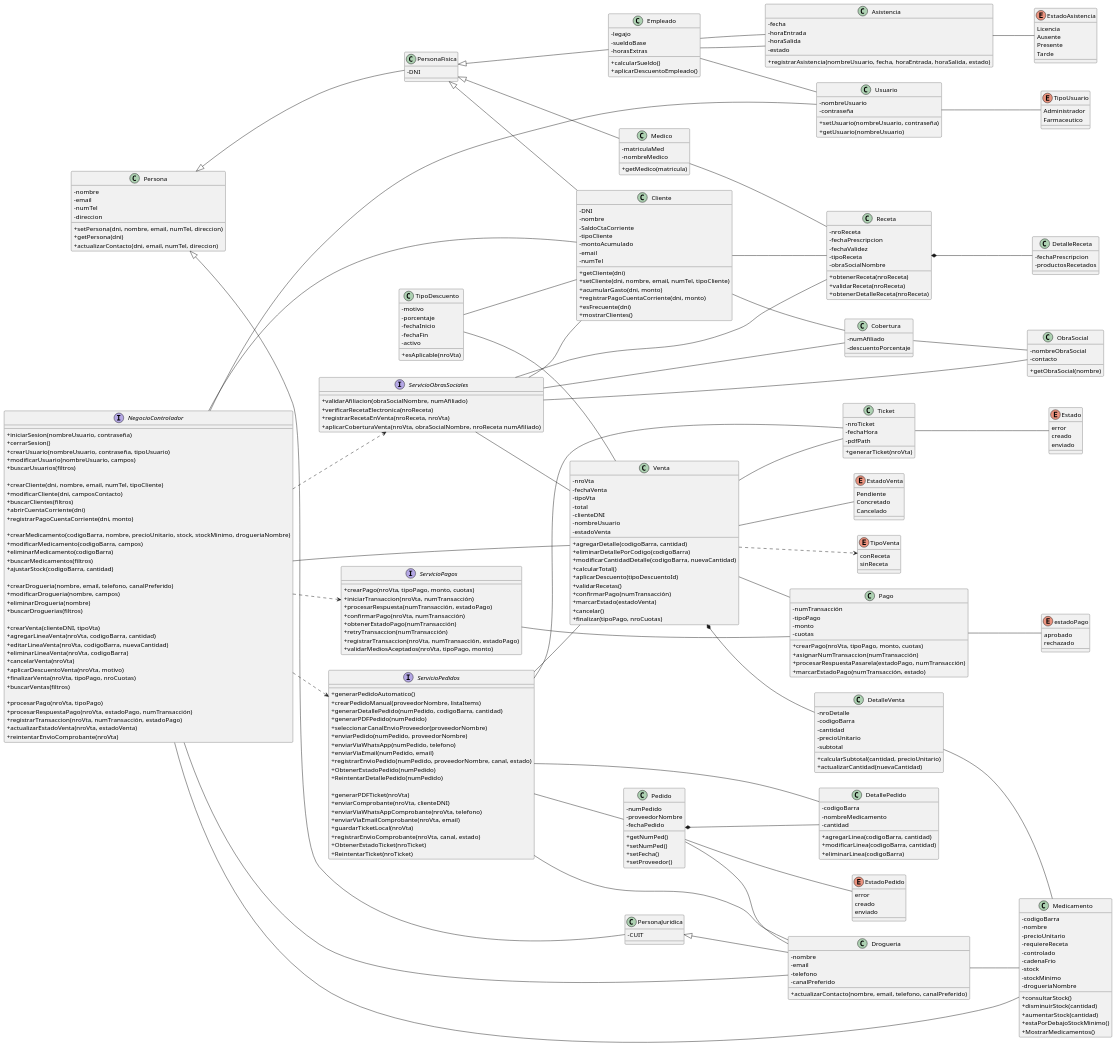
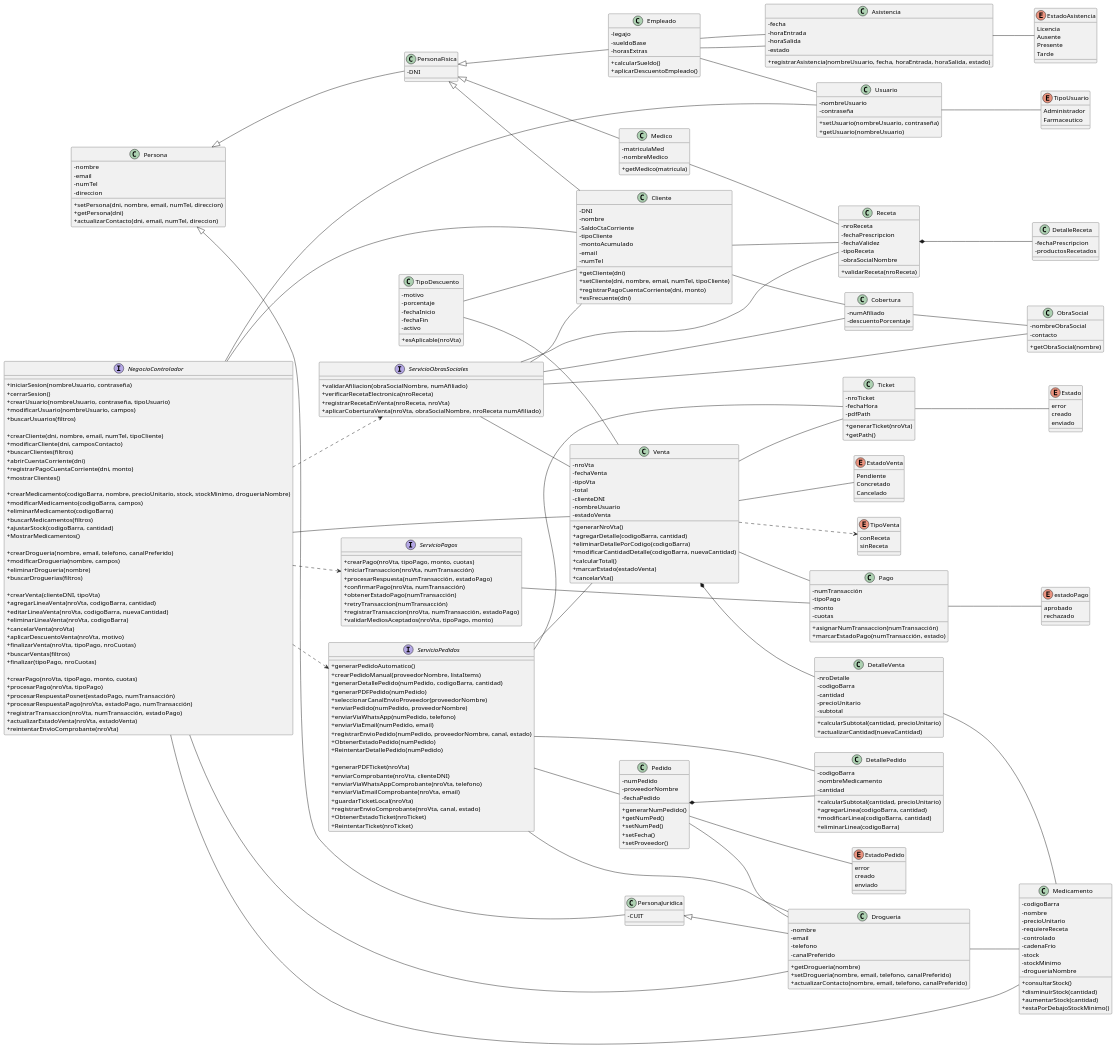
Before and after one commit to zEzequR/PF-I: the diagram in 07 - Diagrama de Clases/DiagramaClases.puml, drawn with PlantUML. The commit also changed 1 other file, not shown here.

```diff
--- a/07 - Diagrama de Clases/DiagramaClases.puml
+++ b/07 - Diagrama de Clases/DiagramaClases.puml
@@ -81,10 +81,8 @@
 
     + getCliente(dni)
     + setCliente(dni, nombre, email, numTel, tipoCliente)
-    + acumularGasto(dni, monto)
     + registrarPagoCuentaCorriente(dni, monto)
     + esFrecuente(dni)
-    + mostrarClientes()
 }
 PersonaFisica <|-- Cliente
 PersonaFisica <|-- Empleado
@@ -102,10 +100,7 @@
     - fechaValidez
     - tipoReceta
     - obraSocialNombre
-
-    + obtenerReceta(nroReceta)
     + validarReceta(nroReceta)
-    + obtenerDetalleReceta(nroReceta)
 }
 class DetalleReceta {
     - fechaPrescripcion
@@ -145,7 +140,6 @@
     + disminuirStock(cantidad)
     + aumentarStock(cantidad)
     + estaPorDebajoStockMinimo()
-    + MostrarMedicamentos()
 }
 class Drogueria {
     - nombre
@@ -153,6 +147,8 @@
     - telefono
     - canalPreferido
 
+    + getDrogueria(nombre)
+    + setDrogueria(nombre, email, telefono, canalPreferido)
     + actualizarContacto(nombre, email, telefono, canalPreferido)
 }
 PersonaJuridica <|-- Drogueria
@@ -179,16 +175,13 @@
     - nombreUsuario
     - estadoVenta
 
+    + generarNroVta()
     + agregarDetalle(codigoBarra, cantidad)
     + eliminarDetallePorCodigo(codigoBarra)
     + modificarCantidadDetalle(codigoBarra, nuevaCantidad)
     + calcularTotal()
-    + aplicarDescuento(tipoDescuentoId)
-    + validarRecetas()
-    + confirmarPago(numTransacción)
     + marcarEstado(estadoVenta)
-    + cancelar()
-    + finalizar(tipoPago, nroCuotas)
+    + cancelarVta()
 }
 Venta ..> TipoVenta
 Venta -- EstadoVenta
@@ -213,9 +206,7 @@
     - cuotas
 
 
-    + crearPago(nroVta, tipoPago, monto, cuotas)
     + asignarNumTransaccion(numTransacción)
-    + procesarRespuestaPasarela(estadoPago, numTransacción)
     + marcarEstadoPago(numTransacción, estado)
 }
 Venta -- Pago
@@ -232,6 +223,7 @@
     - pdfPath
 
     + generarTicket(nroVta)
+    + getPath()
 }
 
 enum Estado{
@@ -262,10 +254,11 @@
     - proveedorNombre
     - fechaPedido
 
-    +getNumPed()
-    +setNumPed()
-    +setFecha()
-    +setProveedor()
+    + generarNumPedido()
+    + getNumPed()
+    + setNumPed()
+    + setFecha()
+    + setProveedor()
 }
 
 enum EstadoPedido{
@@ -279,6 +272,7 @@
     - nombreMedicamento
     - cantidad
 
+    + calcularSubtotal(cantidad, precioUnitario)
     + agregarLinea(codigoBarra, cantidad)
     + modificarLinea(codigoBarra, cantidad)
     + eliminarLinea(codigoBarra)
@@ -301,12 +295,14 @@
     + buscarClientes(filtros)
     + abrirCuentaCorriente(dni)
     + registrarPagoCuentaCorriente(dni, monto)
+    + mostrarClientes()
 
     + crearMedicamento(codigoBarra, nombre, precioUnitario, stock, stockMinimo, drogueriaNombre)
     + modificarMedicamento(codigoBarra, campos)
     + eliminarMedicamento(codigoBarra)
     + buscarMedicamentos(filtros)
     + ajustarStock(codigoBarra, cantidad)
+    + MostrarMedicamentos()
 
     + crearDrogueria(nombre, email, telefono, canalPreferido)
     + modificarDrogueria(nombre, campos)
@@ -321,8 +317,11 @@
     + aplicarDescuentoVenta(nroVta, motivo)
     + finalizarVenta(nroVta, tipoPago, nroCuotas)
     + buscarVentas(filtros)
+    + finalizar(tipoPago, nroCuotas)
 
+    + crearPago(nroVta, tipoPago, monto, cuotas)
     + procesarPago(nroVta, tipoPago)
+    + procesarRespuestaPosnet(estadoPago, numTransacción)
     + procesarRespuestaPago(nroVta, estadoPago, numTransacción)
     + registrarTransaccion(nroVta, numTransacción, estadoPago)
     + actualizarEstadoVenta(nroVta, estadoVenta)
```
